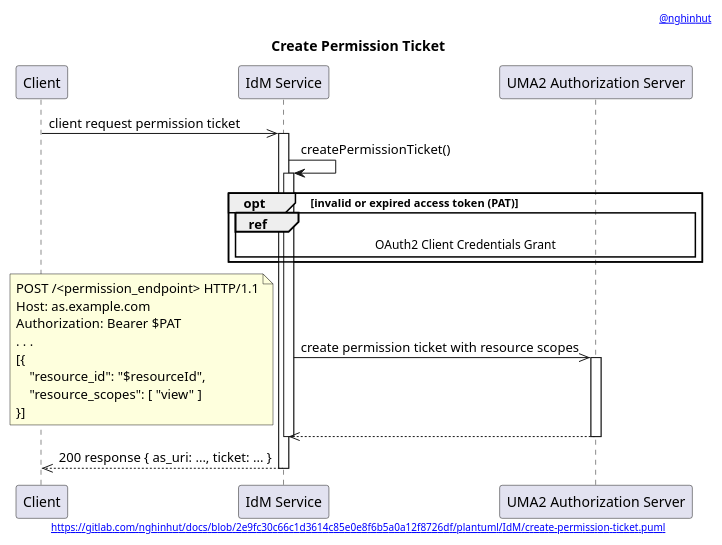
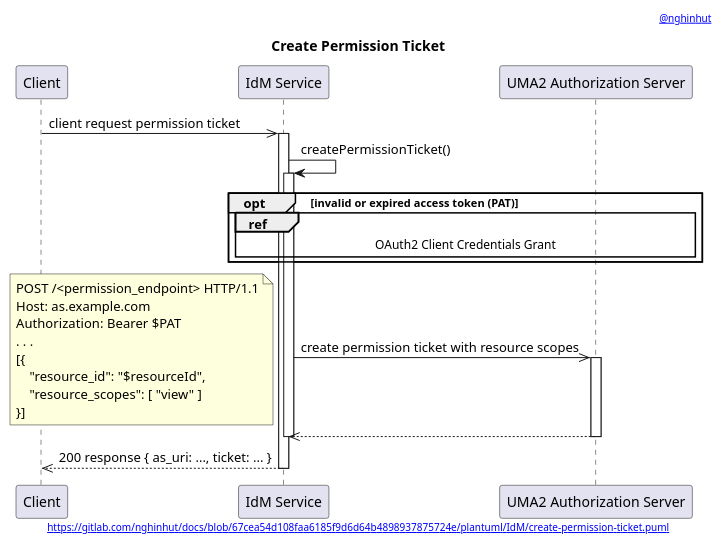
Before and after one commit to nghinhut/docs: the diagram in plantuml/IdM/create-permission-ticket.function.puml, drawn with PlantUML. The commit also changed 29 other files, not shown here.

```diff
--- a/plantuml/IdM/create-permission-ticket.function.puml
+++ b/plantuml/IdM/create-permission-ticket.function.puml
@@ -1,39 +1,39 @@
 @startuml
 '-----START auto generated metadata please keep comment here to allow auto update-----
 '-----DON'T EDIT THIS SECTION, INSTEAD RE-RUN prebuild.sh TO UPDATE-----
-header [[https://www.nghinhut.dev?from=http%5C%3A%5C%2F%5C%2Fwww%5C.plantuml%5C.com%5C%2Fplantuml%5C%2Fproxy%3Ffmt%3Dsvg%5C%26src%3Dhttps%5C%3A%5C%2F%5C%2Fgitlab%5C.com%5C%2Fnghinhut%5C%2Fdocs%5C%2Fraw%5C%2F2e9fc30c66c1d3614c85e0e8f6b5a0a12f8726df%5C%2Fplantuml%5C%2FIdM%5C%2Fcreate-permission-ticket%5C.puml%0A @nghinhut]]
-footer [[http://www.plantuml.com/plantuml/proxy?fmt=svg&src=https://gitlab.com/nghinhut/docs/raw/2e9fc30c66c1d3614c85e0e8f6b5a0a12f8726df/plantuml/IdM/create-permission-ticket.puml https://gitlab.com/nghinhut/docs/blob/2e9fc30c66c1d3614c85e0e8f6b5a0a12f8726df/plantuml/IdM/create-permission-ticket.puml]]
+header [[https://www.nghinhut.dev?from=http%5C%3A%5C%2F%5C%2Fwww%5C.plantuml%5C.com%5C%2Fplantuml%5C%2Fproxy%3Ffmt%3Dsvg%5C%26src%3Dhttps%5C%3A%5C%2F%5C%2Fgitlab%5C.com%5C%2Fnghinhut%5C%2Fdocs%5C%2Fraw%5C%2F67cea54d108faa6185f9d6d64b4898937875724e%5C%2Fplantuml%5C%2FIdM%5C%2Fcreate-permission-ticket%5C.puml%0A @nghinhut]]
+footer [[http://www.plantuml.com/plantuml/proxy?fmt=svg&src=https://gitlab.com/nghinhut/docs/raw/67cea54d108faa6185f9d6d64b4898937875724e/plantuml/IdM/create-permission-ticket.puml https://gitlab.com/nghinhut/docs/blob/67cea54d108faa6185f9d6d64b4898937875724e/plantuml/IdM/create-permission-ticket.puml]]
 '-----END auto generated metadata please keep comment here to allow auto update-----
 title Create Permission Ticket
 
 participant "Client" as client
 participant "IdM Service" as idm
 participant "UMA2 Authorization Server" as as
 
 client ->> idm : client request permission ticket
 activate idm
     idm -> idm : createPermissionTicket()
     activate idm
         opt invalid or expired access token (PAT)
             ref over idm, as
                 OAuth2 Client Credentials Grant
             end
         end
         idm ->> as : create permission ticket with resource scopes
         note left
             POST /<permission_endpoint> HTTP/1.1
             Host: as.example.com
             Authorization: Bearer $PAT
             . . .
             [{
                 "resource_id": "$resourceId",
                 "resource_scopes": [ "view" ]
             }]
         end note
         activate as
         idm <<-- as
         deactivate as
     deactivate idm
     client <<-- idm : 200 response { as_uri: ..., ticket: ... }
 deactivate idm
 @enduml
```
